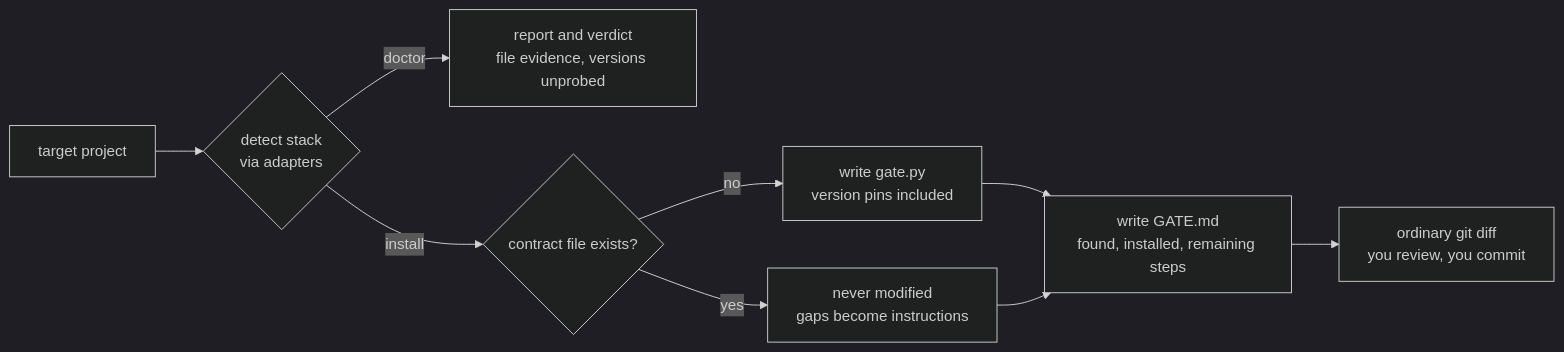
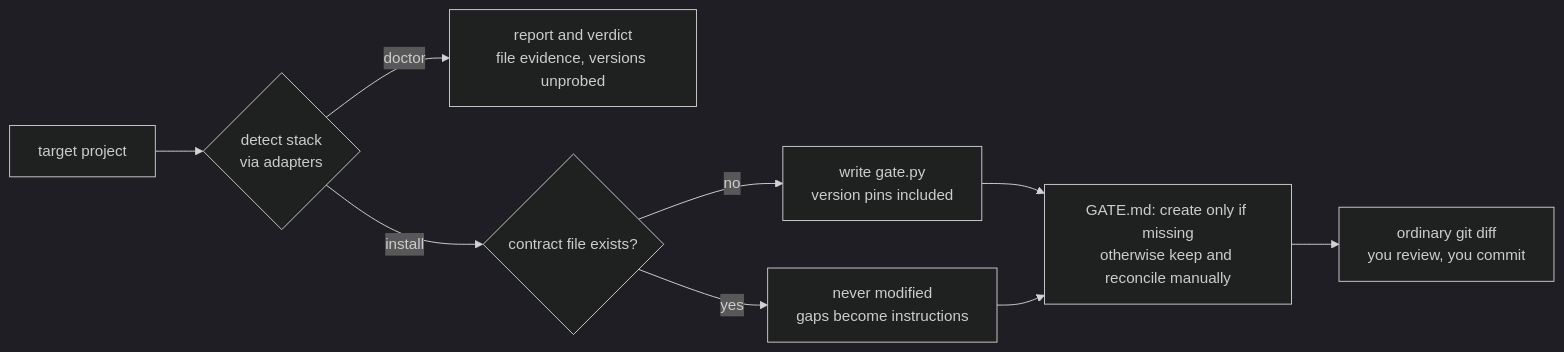
One commit to jamesdwilson/james-opinionated-llm-development-framework changed the fourth of 5 diagrams in quality-gate/README.md. Above: the diagram before and after it, drawn with Mermaid (dark theme). The commit also changed other lines of this file and 6 other files, not shown here.

````diff
--- a/quality-gate/README.md
+++ b/quality-gate/README.md
@@ -320,11 +351,11 @@
 ```mermaid
 flowchart LR
     T["target project"] --> A{"detect stack<br/>via adapters"}
     A -->|doctor| R["report and verdict<br/>file evidence, versions unprobed"]
     A -->|install| G{"contract file exists?"}
     G -->|yes| N["never modified<br/>gaps become instructions"]
     G -->|no| W["write gate.py<br/>version pins included"]
-    W --> M["write GATE.md<br/>found, installed, remaining steps"]
+    W --> M["GATE.md: create only if missing<br/>otherwise keep and reconcile manually"]
     N --> M
     M --> D["ordinary git diff<br/>you review, you commit"]
 ```
````
